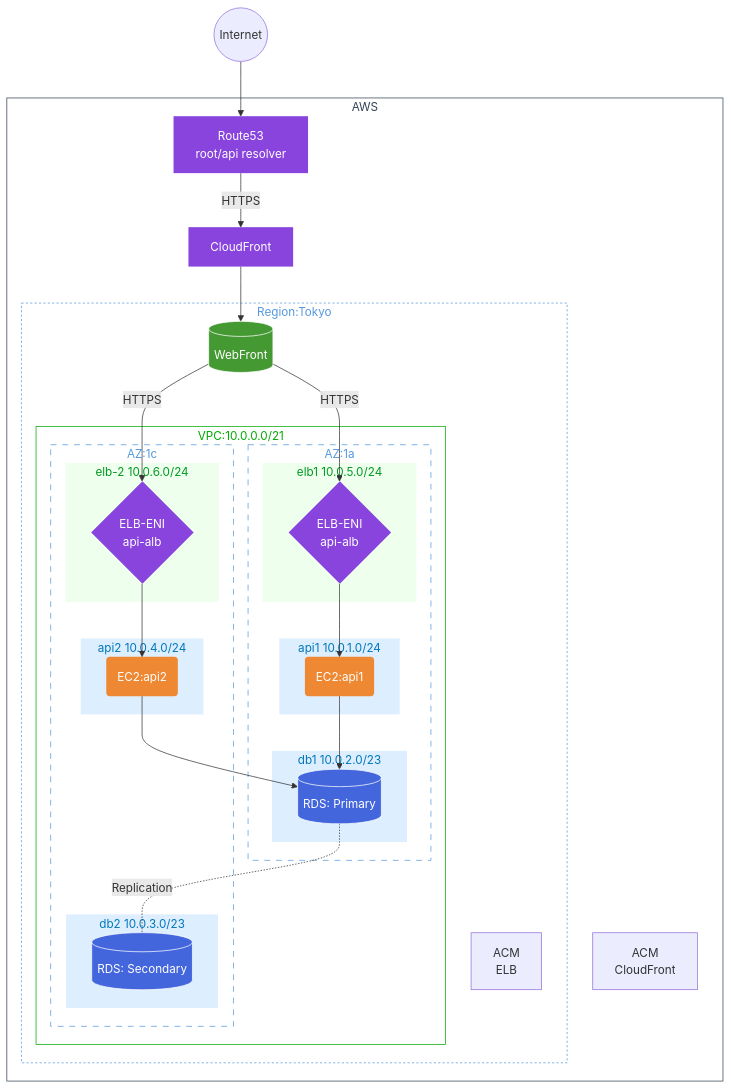
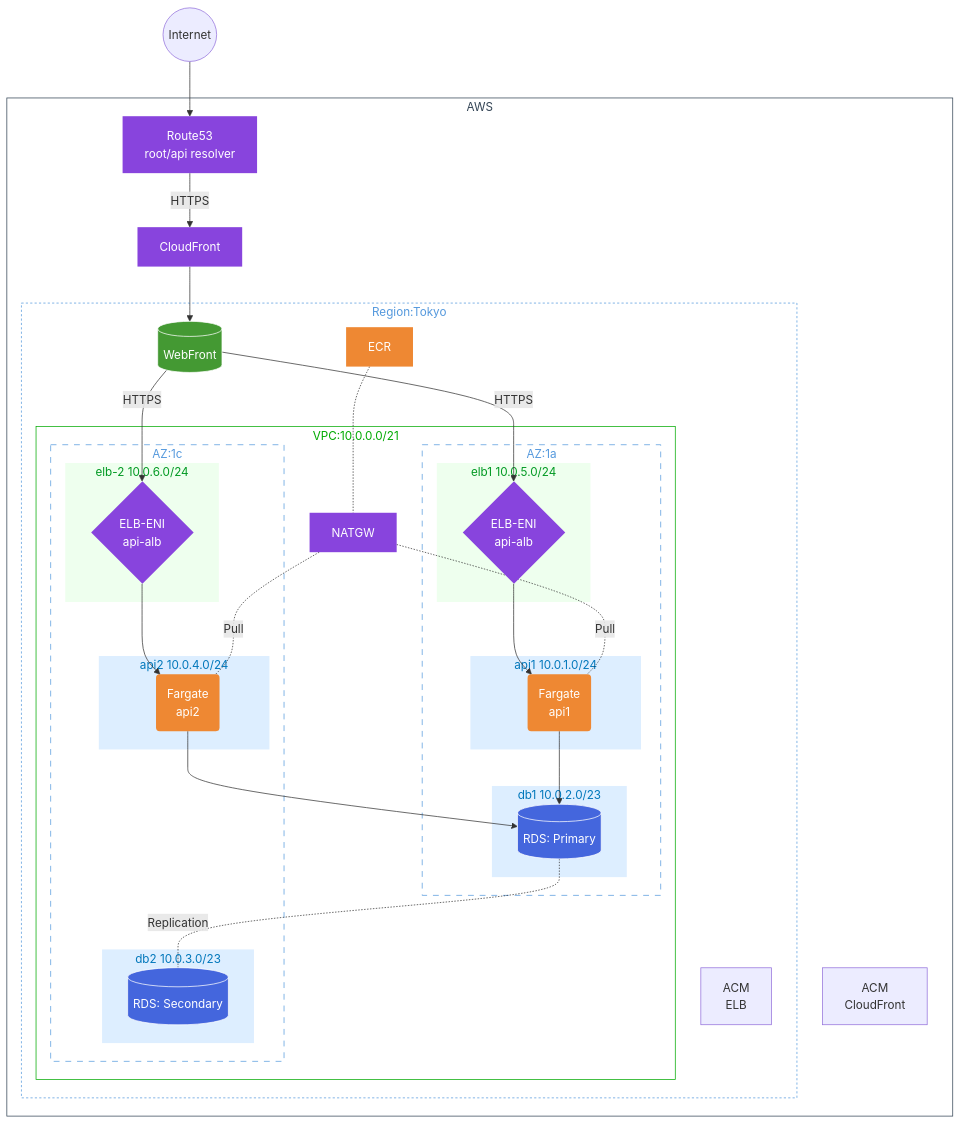
One commit to kuma8088/ct_sprints_iimura changed the diagram in README.md. Above: the diagram before and after it, drawn with Mermaid. The commit also changed other lines of this file and 4 other files, not shown here.

```diff
--- a/README.md
+++ b/README.md
@@ -24,13 +24,15 @@
   subgraph GR[Region:Tokyo]
     ACM[ACM<br>ELB]
     ST1[(WebFront)]
+    ECR[ECR]
     subgraph GV[VPC:10.0.0.0/21]
+      NW3[NATGW]
       subgraph GA[AZ:1a]
         subgraph GS1[elb1 10.0.5.0/24]
           NW1{ELB-ENI<br>api-alb}
         end
         subgraph GS3[api1 10.0.1.0/24]
-          CP2("EC2:api1")
+          CP2("Fargate<br>api1")
         end
         subgraph GS5[db1 10.0.2.0/23]
           DB1[("RDS: Primary")]
@@ -41,7 +43,7 @@
           NW2{ELB-ENI<br>api-alb}
         end
         subgraph GS7[api2 10.0.4.0/24]
-          CP3("EC2:api2")
+          CP3("Fargate<br>api2")
         end
         subgraph GS8[db2 10.0.3.0/23]
           DB2[("RDS: Secondary")]
@@ -63,6 +65,10 @@
 CP2 --> DB1
 CP3 --> DB1
 DB1 -.- |Replication| DB2
+ECR -.- NW3
+NW3 -.-|Pull| CP2
+NW3 -.-|Pull| CP3
+
 
 %%---スタイルの設定---
 %%AWS Cloudのスタイル
@@ -101,7 +107,7 @@
 
 %%Compute関連のスタイル
 classDef SCP fill:#e83,color:#fff,stroke:none
-class CP1,CP2,CP3 SCP
+class CP1,CP2,CP3,ECR SCP
 
 %%DB関連のスタイル
 classDef SDB fill:#46d,color:#fff,stroke:#fff
```
